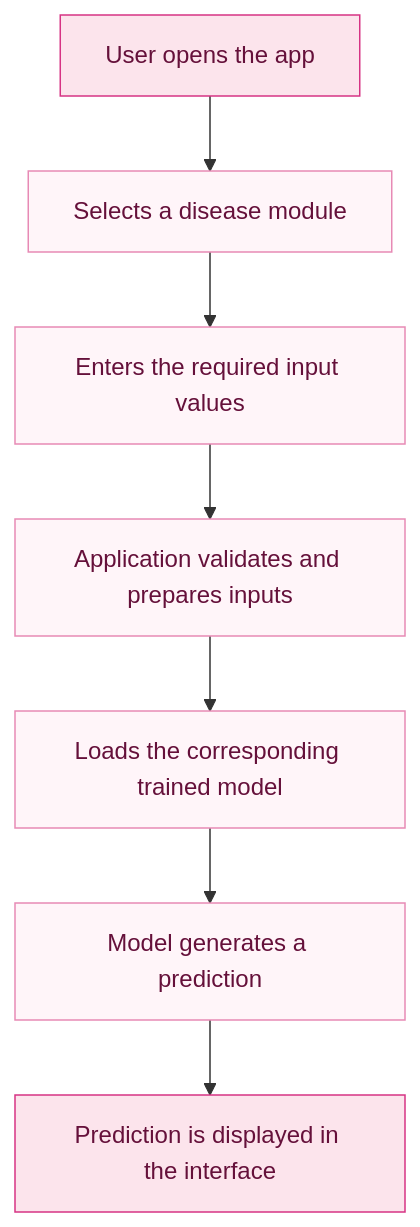
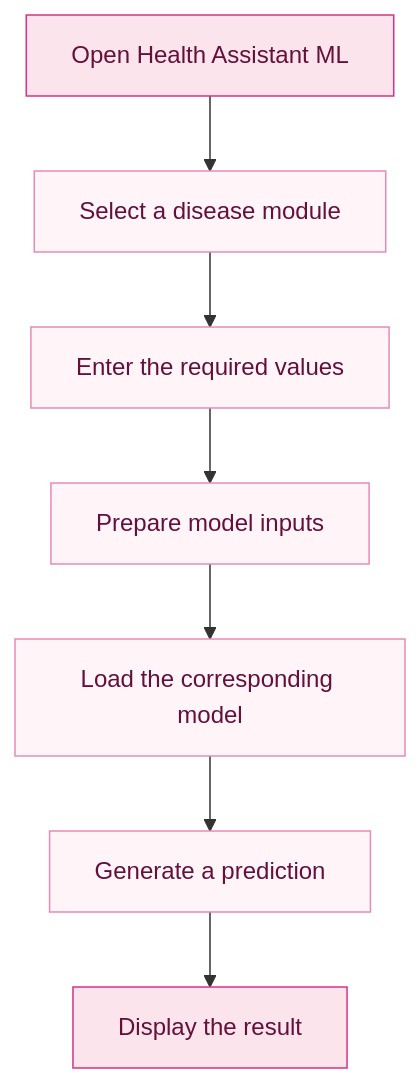
Before and after one commit to alina01washim-aw/health-assistant-ml: the diagram in README.md, drawn with Mermaid. The commit also changed other lines of this file, not shown here.

````diff
--- a/README.md
+++ b/README.md
@@ -130,15 +120,17 @@
 ```mermaid
 flowchart TD
-    A["User opens the app"] --> B["Selects a disease module"]
-    B --> C["Enters the required input values"]
-    C --> D["Application validates and prepares inputs"]
-    D --> E["Loads the corresponding trained model"]
-    E --> F["Model generates a prediction"]
-    F --> G["Prediction is displayed in the interface"]
+    A["Open Health Assistant ML"] --> B["Select a disease module"]
+    B --> C["Enter the required values"]
+    C --> D["Prepare model inputs"]
+    D --> E["Load the corresponding model"]
+    E --> F["Generate a prediction"]
+    F --> G["Display the result"]
 
-    classDef startEnd fill:#FCE4EC,stroke:#D63384,color:#65103A
-    classDef process fill:#FFF5F9,stroke:#E78AB5,color:#65103A
-
-    class A,G startEnd
-    class B,C,D,E,F process
+    style A fill:#FCE4EC,stroke:#D63384,color:#65103A
+    style B fill:#FFF5F9,stroke:#E78AB5,color:#65103A
+    style C fill:#FFF5F9,stroke:#E78AB5,color:#65103A
+    style D fill:#FFF5F9,stroke:#E78AB5,color:#65103A
+    style E fill:#FFF5F9,stroke:#E78AB5,color:#65103A
+    style F fill:#FFF5F9,stroke:#E78AB5,color:#65103A
+    style G fill:#FCE4EC,stroke:#D63384,color:#65103A
 ```
````
